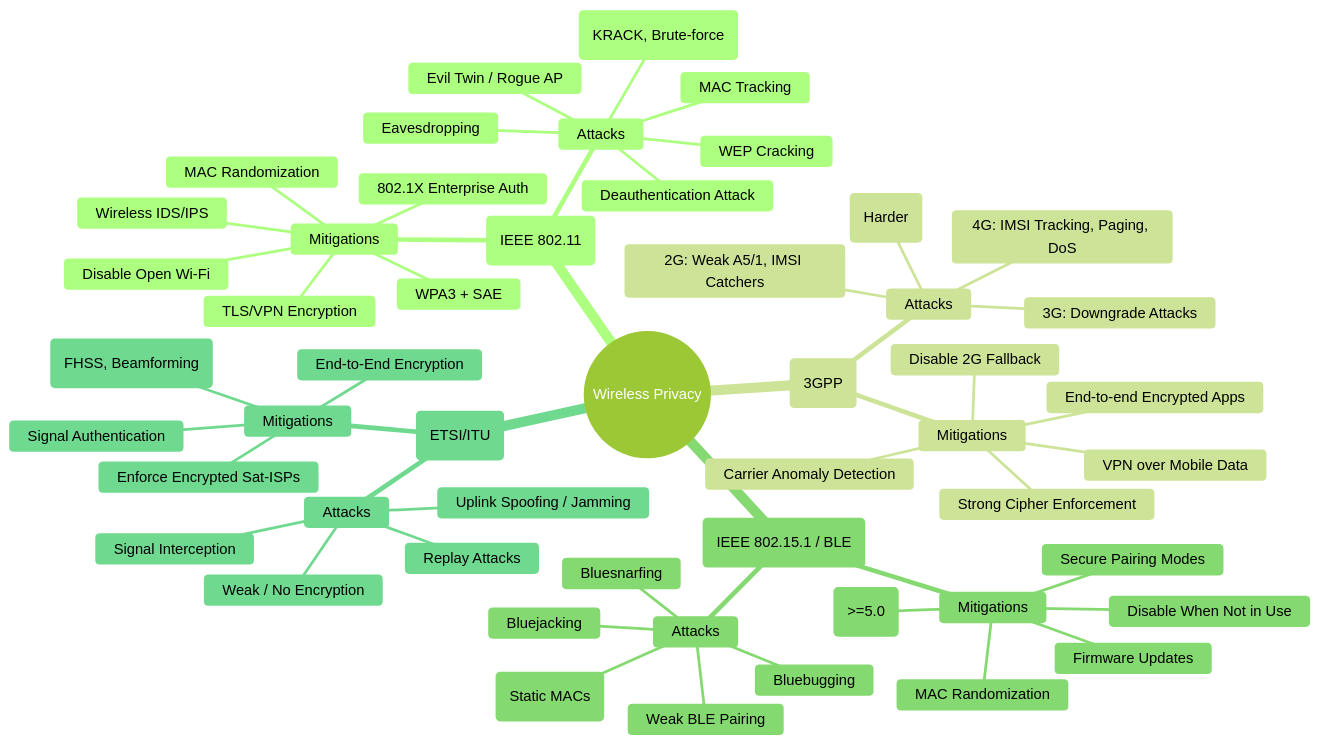
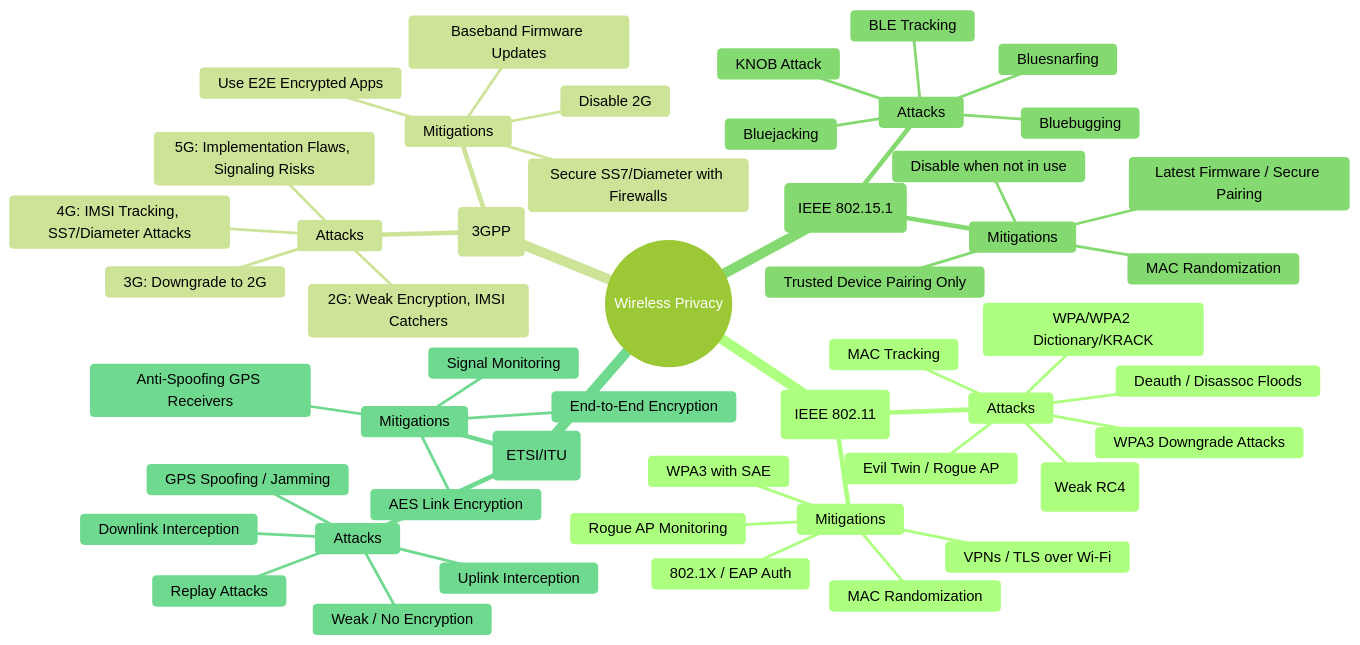
One commit to Sourabh-Kumar04/Data_Privacy_and_Cryptography changed the diagram in 04_Wireless_Privacy.md. Above: the diagram before and after it, drawn with Mermaid (forest theme). The commit also changed other lines of this file, not shown here.

````diff
--- a/04_Wireless_Privacy.md
+++ b/04_Wireless_Privacy.md
@@ -4,56 +8,53 @@
 ```mermaid
 mindmap
   root((Wireless Privacy))
     Wi-Fi (IEEE 802.11)
       Attacks
-        Eavesdropping
-        WEP Cracking
-        WPA/WPA2 Cracks (KRACK, Brute-force)
+        WEP Cracking (Weak RC4)
+        WPA/WPA2 Dictionary/KRACK
+        WPA3 Downgrade Attacks
         Evil Twin / Rogue AP
-        Deauthentication Attack
+        Deauth / Disassoc Floods
         MAC Tracking
       Mitigations
-        WPA3 + SAE
-        802.1X Enterprise Auth
-        Disable Open Wi-Fi
+        WPA3 with SAE
+        802.1X / EAP Auth
+        VPNs / TLS over Wi-Fi
         MAC Randomization
-        Wireless IDS/IPS
-        TLS/VPN Encryption
+        Rogue AP Monitoring
     Mobile Networks (3GPP)
       Attacks
-        2G: Weak A5/1, IMSI Catchers
-        3G: Downgrade Attacks
-        4G: IMSI Tracking, Paging, DoS
-        5G: Rogue Base Stations (Harder)
+        2G: Weak Encryption, IMSI Catchers
+        3G: Downgrade to 2G
+        4G: IMSI Tracking, SS7/Diameter Attacks
+        5G: Implementation Flaws, Signaling Risks
       Mitigations
-        Disable 2G Fallback
-        End-to-end Encrypted Apps
-        Carrier Anomaly Detection
-        Strong Cipher Enforcement
-        VPN over Mobile Data
-    Bluetooth (IEEE 802.15.1 / BLE)
+        Disable 2G
+        Use E2E Encrypted Apps
+        Secure SS7/Diameter with Firewalls
+        Baseband Firmware Updates
+    Bluetooth (IEEE 802.15.1)
       Attacks
         Bluejacking
         Bluesnarfing
         Bluebugging
-        Tracking (Static MACs)
-        Weak BLE Pairing
+        BLE Tracking
+        KNOB Attack
       Mitigations
-        Use Latest Bluetooth (>=5.0)
-        Disable When Not in Use
+        Disable when not in use
+        Latest Firmware / Secure Pairing
         MAC Randomization
-        Secure Pairing Modes
-        Firmware Updates
-    Satellite Communication (ETSI/ITU)
+        Trusted Device Pairing Only
+    Satellite (ETSI/ITU)
       Attacks
-        Signal Interception
-        Uplink Spoofing / Jamming
+        Downlink Interception
+        Uplink Interception
         Replay Attacks
         Weak / No Encryption
+        GPS Spoofing / Jamming
       Mitigations
         End-to-End Encryption
-        Anti-Jamming (FHSS, Beamforming)
-        Signal Authentication
-        Enforce Encrypted Sat-ISPs
-
+        AES Link Encryption
+        Anti-Spoofing GPS Receivers
+        Signal Monitoring
 ```
````
